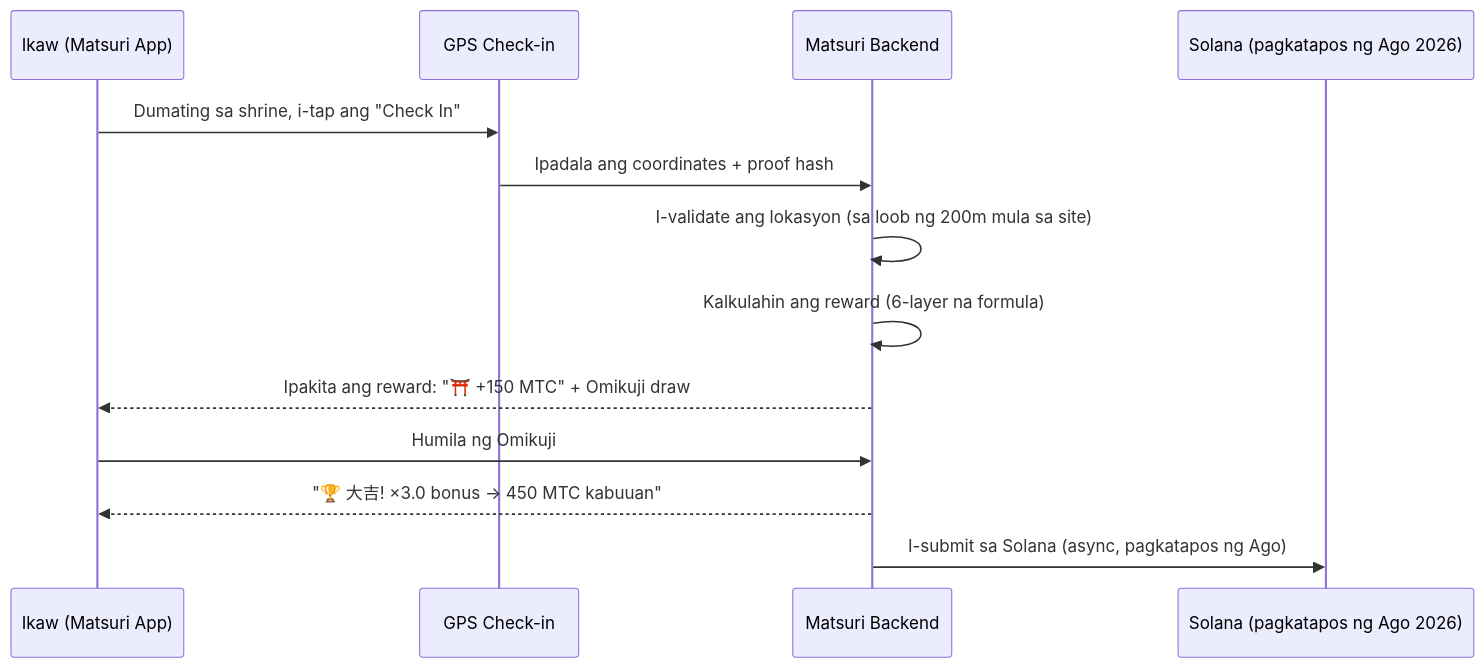
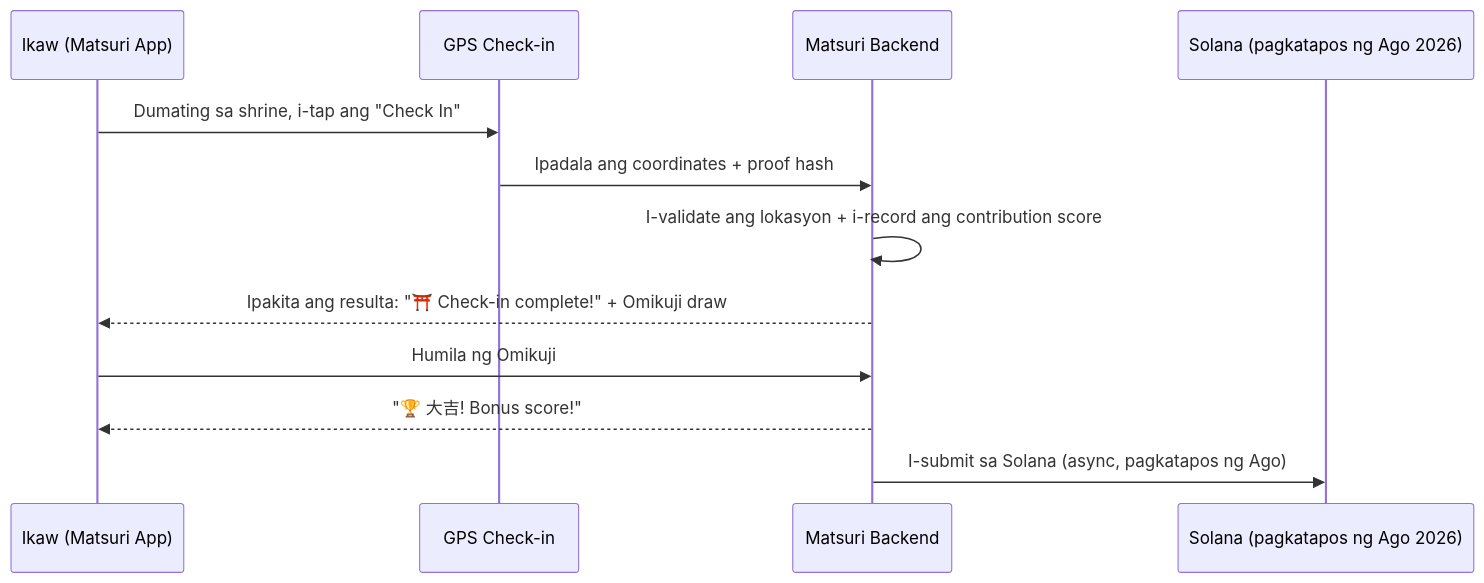
One commit to Cootakahashi/matsuri-dao-whitepaper changed the second of 3 diagrams in i18n/fil/docusaurus-plugin-content-docs/current/04b-how-to-earn.md. Above: the diagram before and after it, drawn with Mermaid. The commit also changed other lines of this file and 51 other files, not shown here.

````diff
--- a/i18n/fil/docusaurus-plugin-content-docs/current/04b-how-to-earn.md
+++ b/i18n/fil/docusaurus-plugin-content-docs/current/04b-how-to-earn.md
@@ -76,16 +76,15 @@
 ```mermaid
 sequenceDiagram
     participant U as Ikaw (Matsuri App)
     participant GPS as GPS Check-in
     participant API as Matsuri Backend
     participant SC as Solana (pagkatapos ng Ago 2026)
 
     U->>GPS: Dumating sa shrine, i-tap ang "Check In"
     GPS->>API: Ipadala ang coordinates + proof hash
-    API->>API: I-validate ang lokasyon (sa loob ng 200m mula sa site)
-    API->>API: Kalkulahin ang reward (6-layer na formula)
-    API-->>U: Ipakita ang reward: "⛩️ +150 MTC" + Omikuji draw
+    API->>API: I-validate ang lokasyon + i-record ang contribution score
+    API-->>U: Ipakita ang resulta: "⛩️ Check-in complete!" + Omikuji draw
     U->>API: Humila ng Omikuji
-    API-->>U: "🏆 大吉! ×3.0 bonus → 450 MTC kabuuan"
+    API-->>U: "🏆 大吉! Bonus score!"
     API->>SC: I-submit sa Solana (async, pagkatapos ng Ago)
 ```
````
